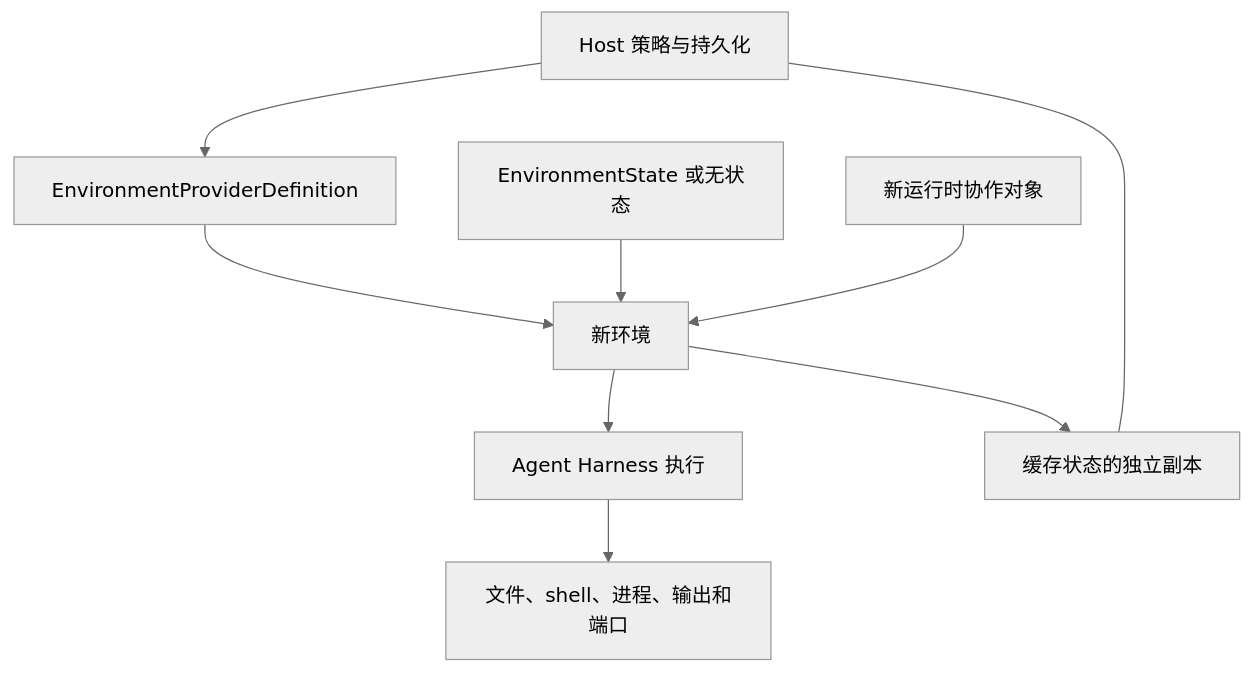
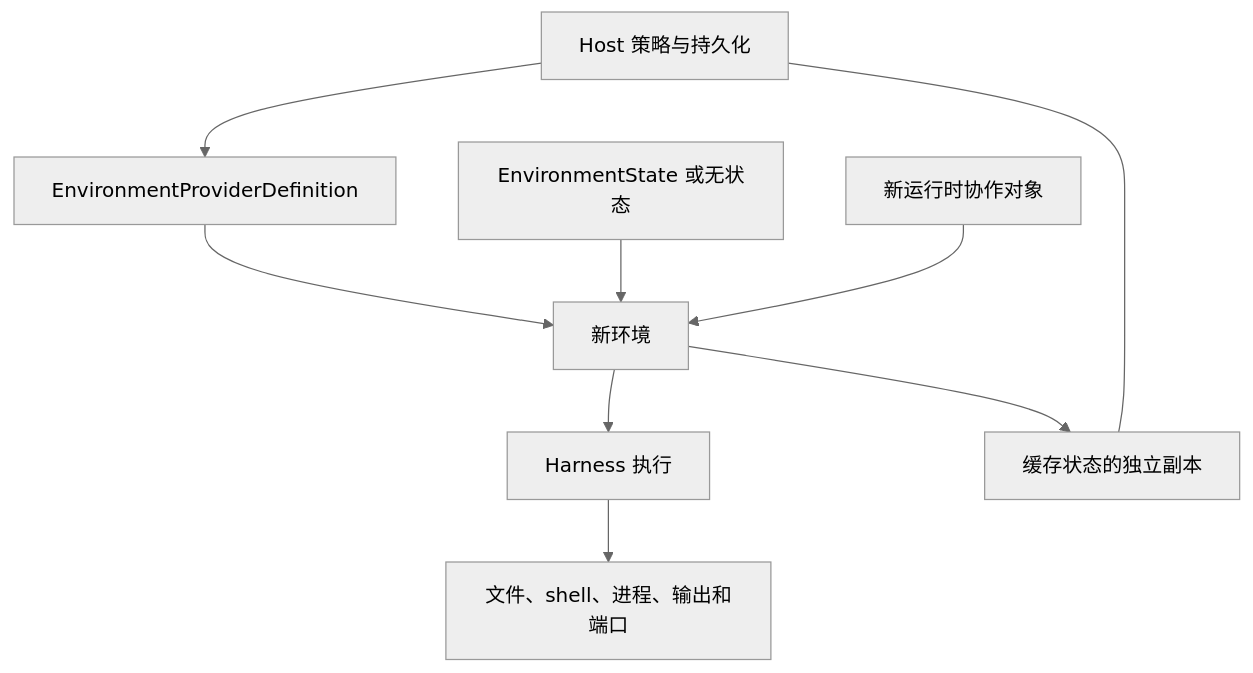
One commit to converge-ai-labs/agent-foundation changed the diagram in docs/environments/lifecycle.zh-CN.md. Above: the diagram before and after it, drawn with Mermaid (neutral theme). The commit also changed other lines of this file and 199 other files, not shown here.

````diff
--- a/docs/environments/lifecycle.zh-CN.md
+++ b/docs/environments/lifecycle.zh-CN.md
@@ -12,15 +12,15 @@
 ```mermaid
 flowchart TB
     Host[Host 策略与持久化] --> Definition[EnvironmentProviderDefinition]
     Definition --> Adapter[新环境]
     State[EnvironmentState 或无状态] --> Adapter
     Runtime[新运行时协作对象] --> Adapter
-    Adapter --> Harness[Agent Harness 执行]
+    Adapter --> Harness[Harness 执行]
     Harness --> Operations[文件、shell、进程、输出和端口]
     Adapter --> Latest[缓存状态的独立副本]
     Host <--- Latest
 
     class Host app
     class Definition,Adapter,Harness a13n
     class State,Latest store
 ```
````
